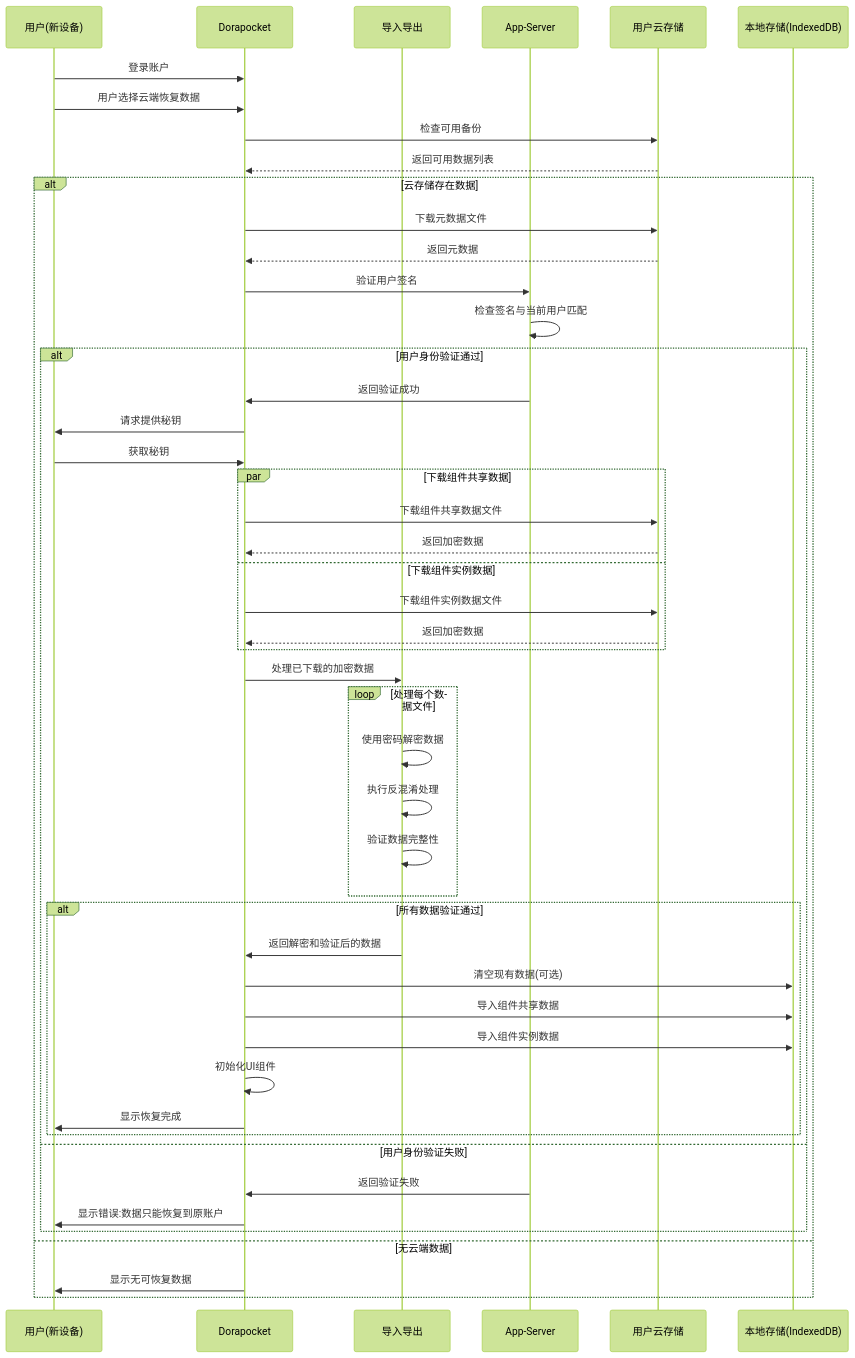
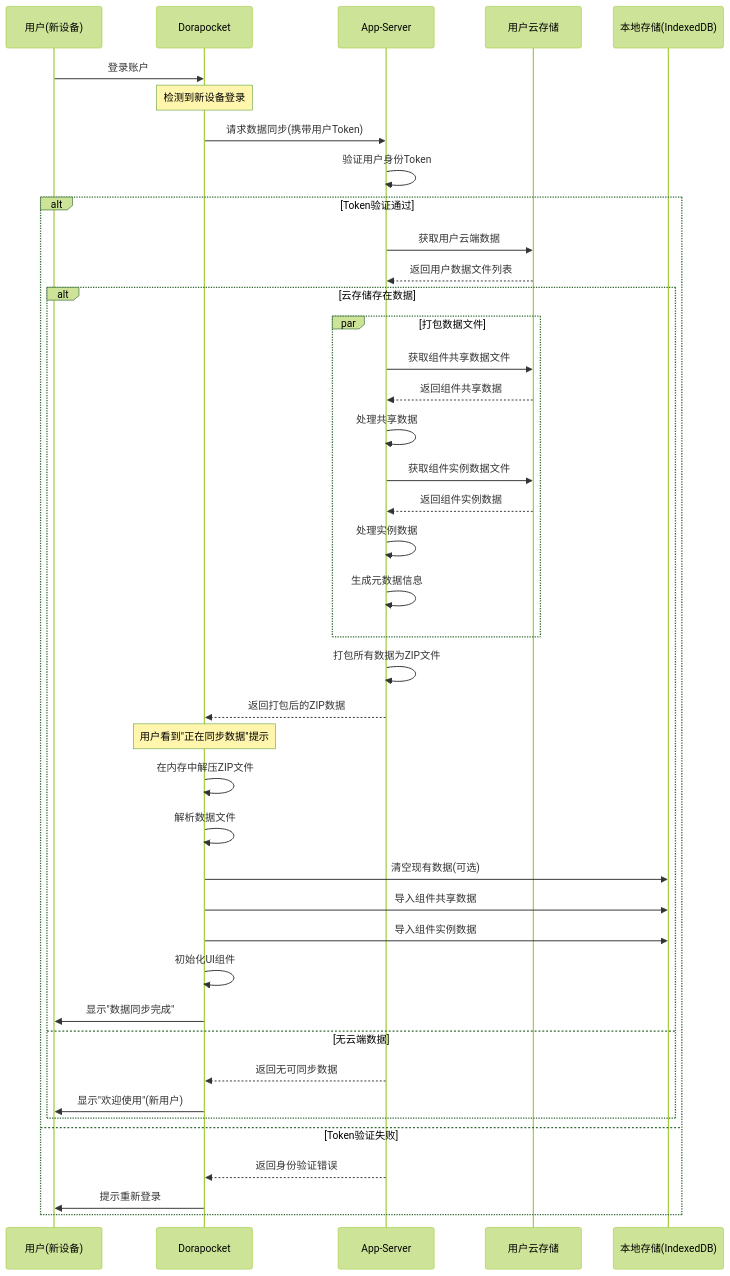
Before and after one commit to yingjianzh/iodraw-files: the diagram in all/未命名-38.md, drawn with Mermaid (forest theme).

Commit message:
2025-04-21 13:52:52 update

````diff
--- a/all/未命名-38.md
+++ b/all/未命名-38.md
@@ -1,64 +1,54 @@
 ```mermaid
-
 sequenceDiagram
     participant User as 用户(新设备)
     participant App as Dorapocket
-    participant Security as 导入导出
     participant AppServer as App-Server
     participant UserCloud as 用户云存储
     participant LocalDB as 本地存储(IndexedDB)
     
     User->>App: 登录账户
-    User->>App: 用户选择云端恢复数据
+    Note over App: 检测到新设备登录
     
-    App->>UserCloud: 检查可用备份
-    UserCloud-->>App: 返回可用数据列表
+    App->>AppServer: 请求数据同步(携带用户Token)
+    AppServer->>AppServer: 验证用户身份Token
     
-    alt 云存储存在数据
+    alt Token验证通过
+        AppServer->>UserCloud: 获取用户云端数据
+        UserCloud-->>AppServer: 返回用户数据文件列表
         
-        App->>UserCloud: 下载元数据文件
-        UserCloud-->>App: 返回元数据
-        
-        App->>AppServer: 验证用户签名
-        AppServer->>AppServer: 检查签名与当前用户匹配
-        
-        alt 用户身份验证通过
-            AppServer->>App: 返回验证成功
-            
-            App->>User: 请求提供秘钥
-            User->>App: 获取秘钥
-            
-            par 下载组件共享数据
-                App->>UserCloud: 下载组件共享数据文件
-                UserCloud-->>App: 返回加密数据
-            and 下载组件实例数据
-                App->>UserCloud: 下载组件实例数据文件
-                UserCloud-->>App: 返回加密数据
+        alt 云存储存在数据
+            par 打包数据文件
+                AppServer->>UserCloud: 获取组件共享数据文件
+                UserCloud-->>AppServer: 返回组件共享数据
+                AppServer->>AppServer: 处理共享数据
+                
+                AppServer->>UserCloud: 获取组件实例数据文件
+                UserCloud-->>AppServer: 返回组件实例数据
+                AppServer->>AppServer: 处理实例数据
+                
+                AppServer->>AppServer: 生成元数据信息
             end
             
-            App->>Security: 处理已下载的加密数据
-            loop 处理每个数据文件
-                Security->>Security: 使用密码解密数据
-                Security->>Security: 执行反混淆处理
-                Security->>Security: 验证数据完整性
-            end
+            AppServer->>AppServer: 打包所有数据为ZIP文件
+            AppServer-->>App: 返回打包后的ZIP数据
             
-            alt 所有数据验证通过
-                Security->>App: 返回解密和验证后的数据
-                
-                App->>LocalDB: 清空现有数据(可选)
-                App->>LocalDB: 导入组件共享数据
-                App->>LocalDB: 导入组件实例数据
-                
-                App->>App: 初始化UI组件
-                App->>User: 显示恢复完成
-            end
-        else 用户身份验证失败
-            AppServer->>App: 返回验证失败
-            App->>User: 显示错误:数据只能恢复到原账户
+            Note over App: 用户看到"正在同步数据"提示
+            
+            App->>App: 在内存中解压ZIP文件
+            App->>App: 解析数据文件
+            
+            App->>LocalDB: 清空现有数据(可选)
+            App->>LocalDB: 导入组件共享数据
+            App->>LocalDB: 导入组件实例数据
+            
+            App->>App: 初始化UI组件
+            App->>User: 显示"数据同步完成"
+        else 无云端数据
+            AppServer-->>App: 返回无可同步数据
+            App->>User: 显示"欢迎使用"(新用户)
         end
-    else 无云端数据
-        App->>User: 显示无可恢复数据
+    else Token验证失败
+        AppServer-->>App: 返回身份验证错误
+        App->>User: 提示重新登录
     end
-
 ```
````
